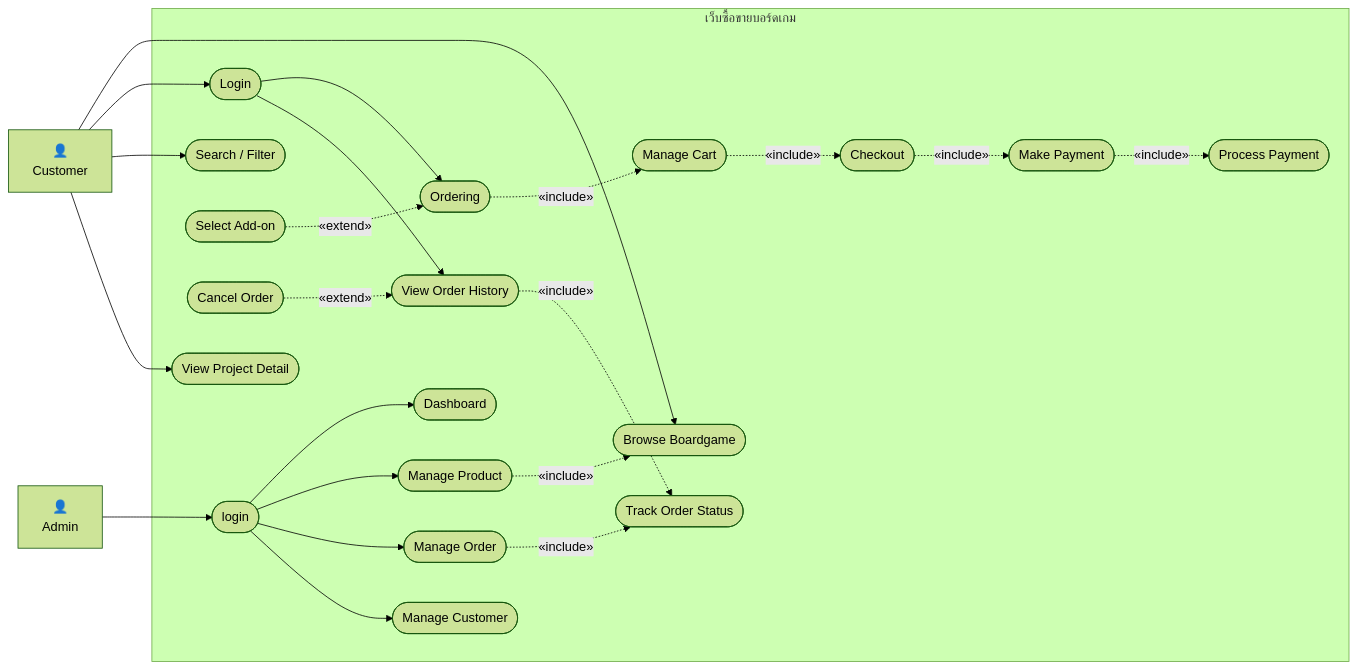
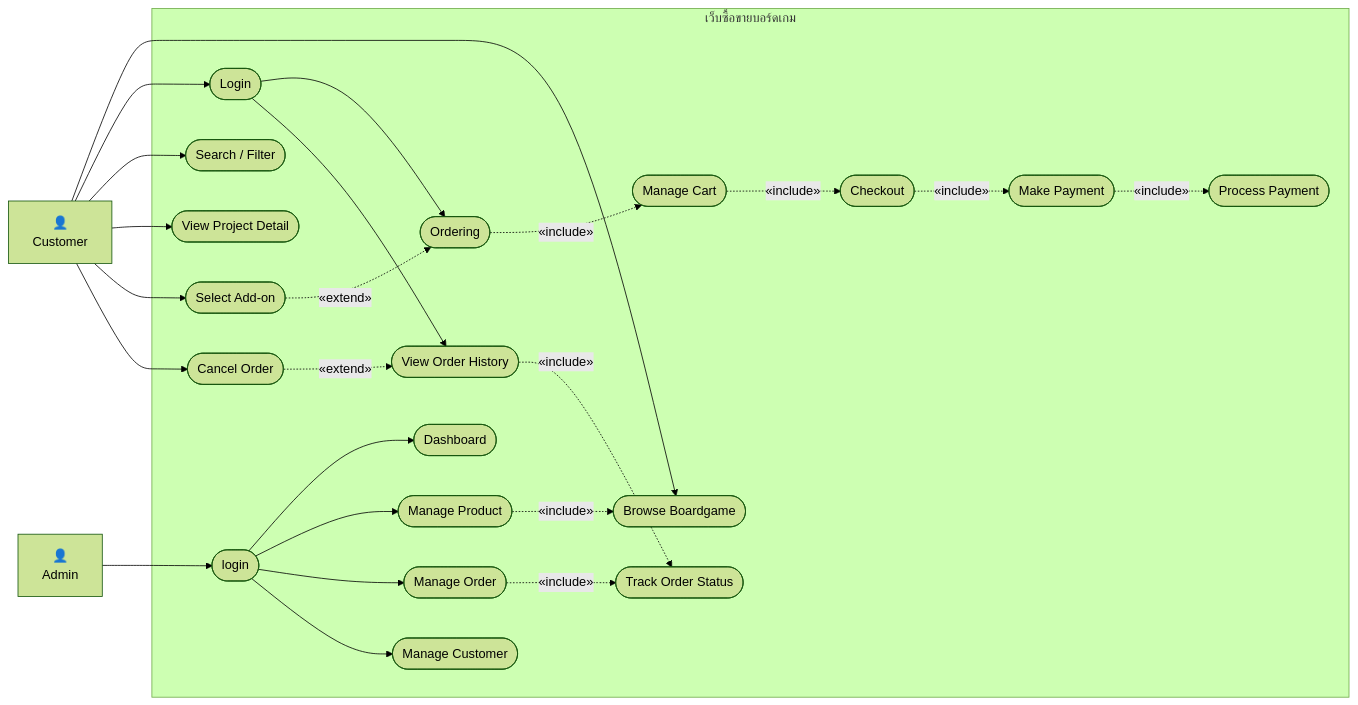
The first of 4 diagrams in README.md (PurivatHewkao/BoardHouse), drawn with Mermaid (forest theme) before and after one commit.

Commit message:
Update README.md
addon, cancel

````diff
--- a/README.md
+++ b/README.md
@@ -138,56 +138,58 @@
 ```mermaid
 flowchart LR
     Customer["👤<br/>Customer"]
     Admin["👤<br/>Admin"]
 
     subgraph System["เว็บซื้อขายบอร์ดเกม"]
         Browse([Browse Boardgame])
         LoginCustomer([Login])
         Search([Search / Filter])
         Detail([View Project Detail])
 
         Ordering([Ordering])
         Cart([Manage Cart])
         Addon([Select Add-on])
         Checkout([Checkout])
         Payment([Make Payment])
         ProcessPayment([Process Payment])
 
         History([View Order History])
         Track([Track Order Status])
         Cancel([Cancel Order])
 
         AdminLogin([login])
         Dashboard([Dashboard])
         ManageProduct([Manage Product])
         ManageOrder([Manage Order])
         ManageCustomer([Manage Customer])
     end
 
     Customer --> Browse
     Customer --> LoginCustomer
     Customer --> Search
     Customer --> Detail
+    Customer --> Addon
+    Customer --> Cancel
 
     LoginCustomer --> Ordering
     LoginCustomer --> History
 
     Ordering -.->|«include»| Cart
     Addon -.->|«extend»| Ordering
     Cart -.->|«include»| Checkout
     Checkout -.->|«include»| Payment
     Payment -.->|«include»| ProcessPayment
 
     History -.->|«include»| Track
     Cancel -.->|«extend»| History
 
     Admin --> AdminLogin
     AdminLogin --> Dashboard
     AdminLogin --> ManageProduct
     AdminLogin --> ManageOrder
     AdminLogin --> ManageCustomer
 
     ManageOrder -.->|«include»| Track
     ManageProduct -.->|«include»| Browse
 
 ```
````
